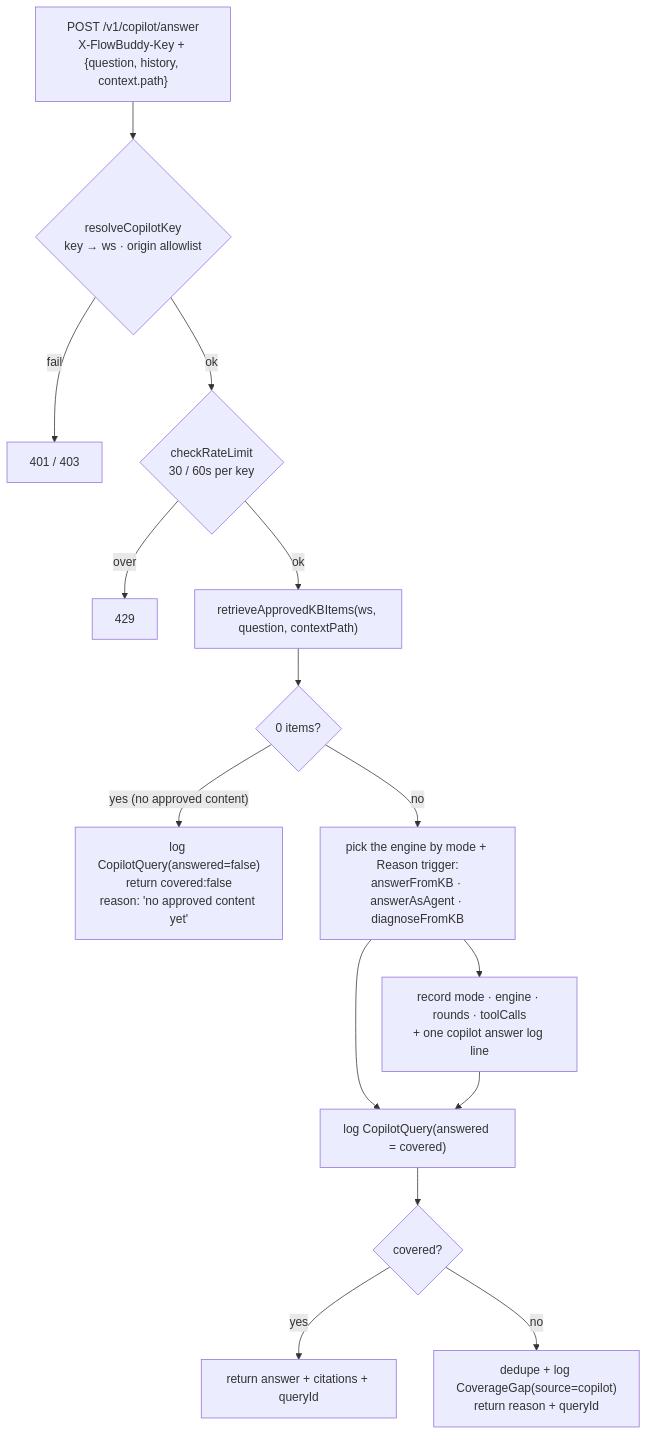
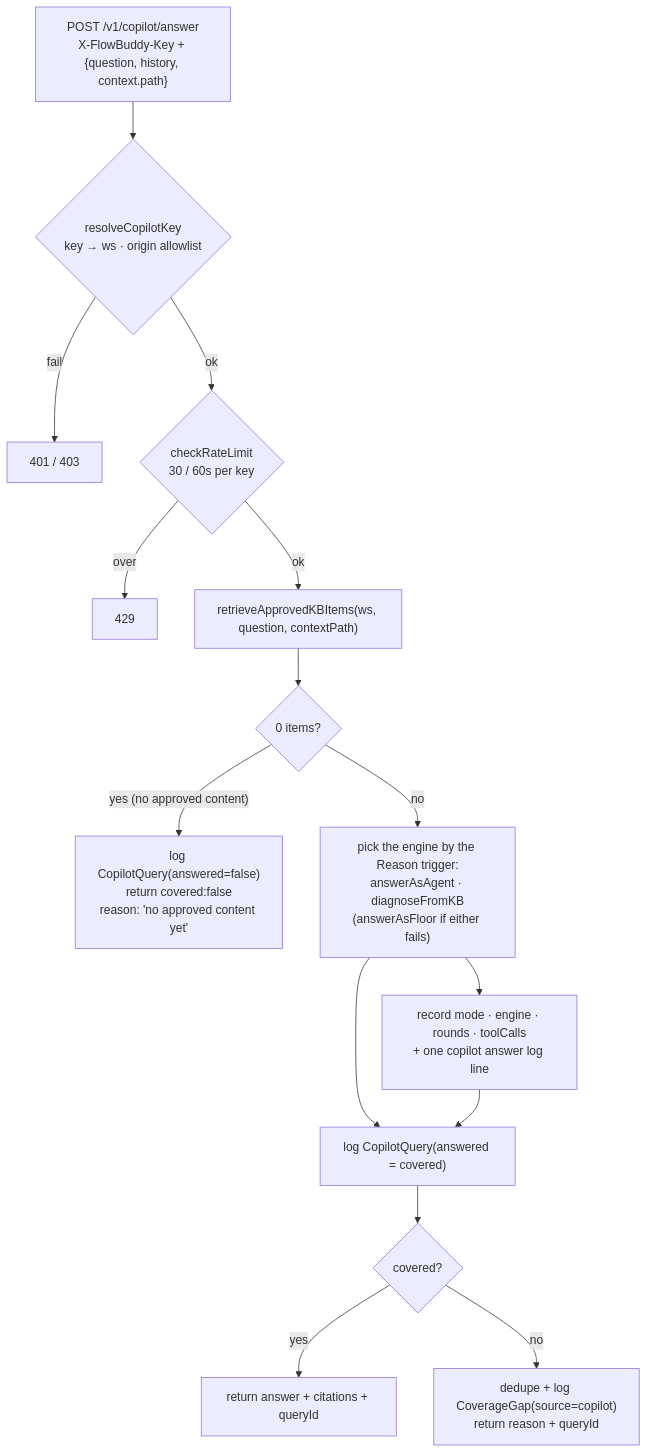
Before and after one commit to himanshu3553/flowbuddy: the diagram in docs/internals/copilot.md, drawn with Mermaid. The commit also changed other lines of this file and 44 other files, not shown here.

````diff
--- a/docs/internals/copilot.md
+++ b/docs/internals/copilot.md
@@ -88,17 +90,17 @@
 ```mermaid
 flowchart TD
     Q["POST /v1/copilot/answer<br/>X-FlowBuddy-Key + {question, history, context.path}"] --> AUTH
     AUTH{"resolveCopilotKey<br/>key → ws · origin allowlist"} -- fail --> E1["401 / 403"]
     AUTH -- ok --> RL{"checkRateLimit<br/>30 / 60s per key"}
     RL -- over --> E2["429"]
     RL -- ok --> RET["retrieveApprovedKBItems(ws, question, contextPath)"]
     RET --> Z{"0 items?"}
     Z -- "yes (no approved content)" --> NP["log CopilotQuery(answered=false)<br/>return covered:false<br/>reason: 'no approved content yet'"]
-    Z -- no --> ANS["pick the engine by mode + Reason trigger:<br/>answerFromKB · answerAsAgent · diagnoseFromKB"]
+    Z -- no --> ANS["pick the engine by the Reason trigger:<br/>answerAsAgent · diagnoseFromKB<br/>(answerAsFloor if either fails)"]
     ANS --> LOG["log CopilotQuery(answered = covered)"]
     ANS --> TEL["record mode · engine · rounds · toolCalls<br/>+ one copilot answer log line"]
     TEL --> LOG
     LOG --> C{"covered?"}
     C -- yes --> OK["return answer + citations + queryId"]
     C -- no --> GAP["dedupe + log CoverageGap(source=copilot)<br/>return reason + queryId"]
 ```
````
